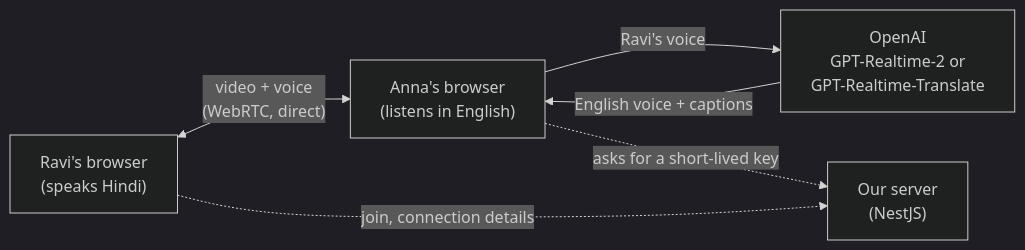
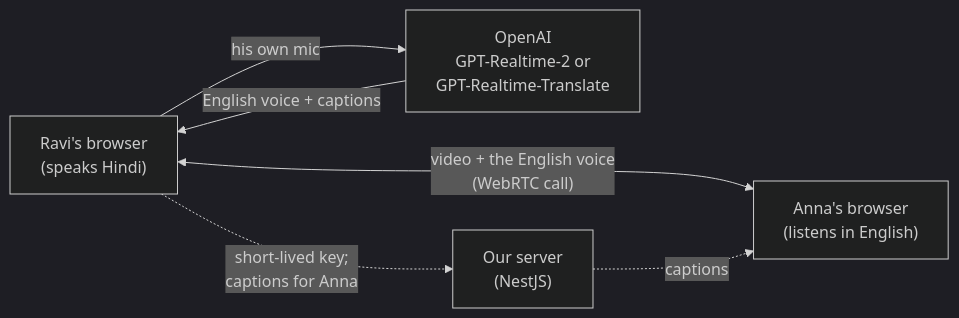
One commit to mujeebmasi/meet-translate changed the diagram in README.md. Above: the diagram before and after it, drawn with Mermaid (dark theme). The commit also changed other lines of this file and 8 other files, not shown here.

````diff
--- a/README.md
+++ b/README.md
@@ -19,8 +19,8 @@
 ```mermaid
 flowchart LR
-    R["Ravi's browser<br/>(speaks Hindi)"] <-->|"video + voice<br/>(WebRTC, direct)"| A["Anna's browser<br/>(listens in English)"]
-    A -->|"Ravi's voice"| O["OpenAI<br/>GPT-Realtime-2 or<br/>GPT-Realtime-Translate"]
-    O -->|"English voice + captions"| A
-    A -.->|"asks for a short-lived key"| S["Our server<br/>(NestJS)"]
-    R -.->|"join, connection details"| S
+    R["Ravi's browser<br/>(speaks Hindi)"] -->|"his own mic"| O["OpenAI<br/>GPT-Realtime-2 or<br/>GPT-Realtime-Translate"]
+    O -->|"English voice + captions"| R
+    R <-->|"video + the English voice<br/>(WebRTC call)"| A["Anna's browser<br/>(listens in English)"]
+    R -.->|"short-lived key;<br/>captions for Anna"| S["Our server<br/>(NestJS)"]
+    S -.->|"captions"| A
 ```
````
